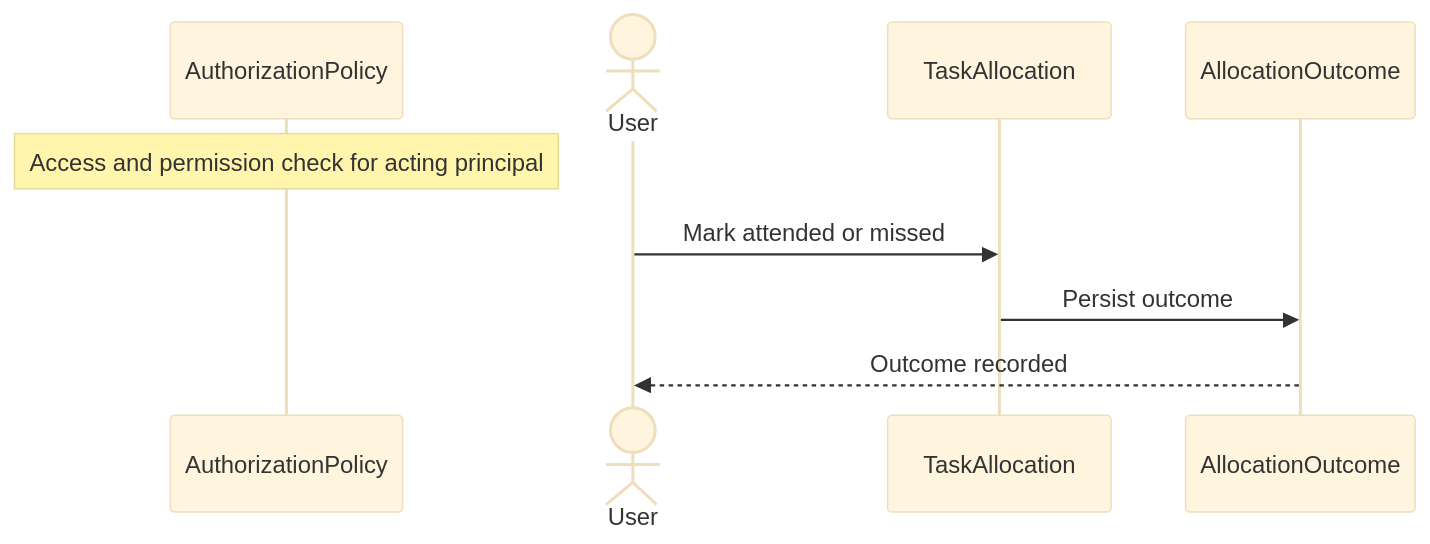
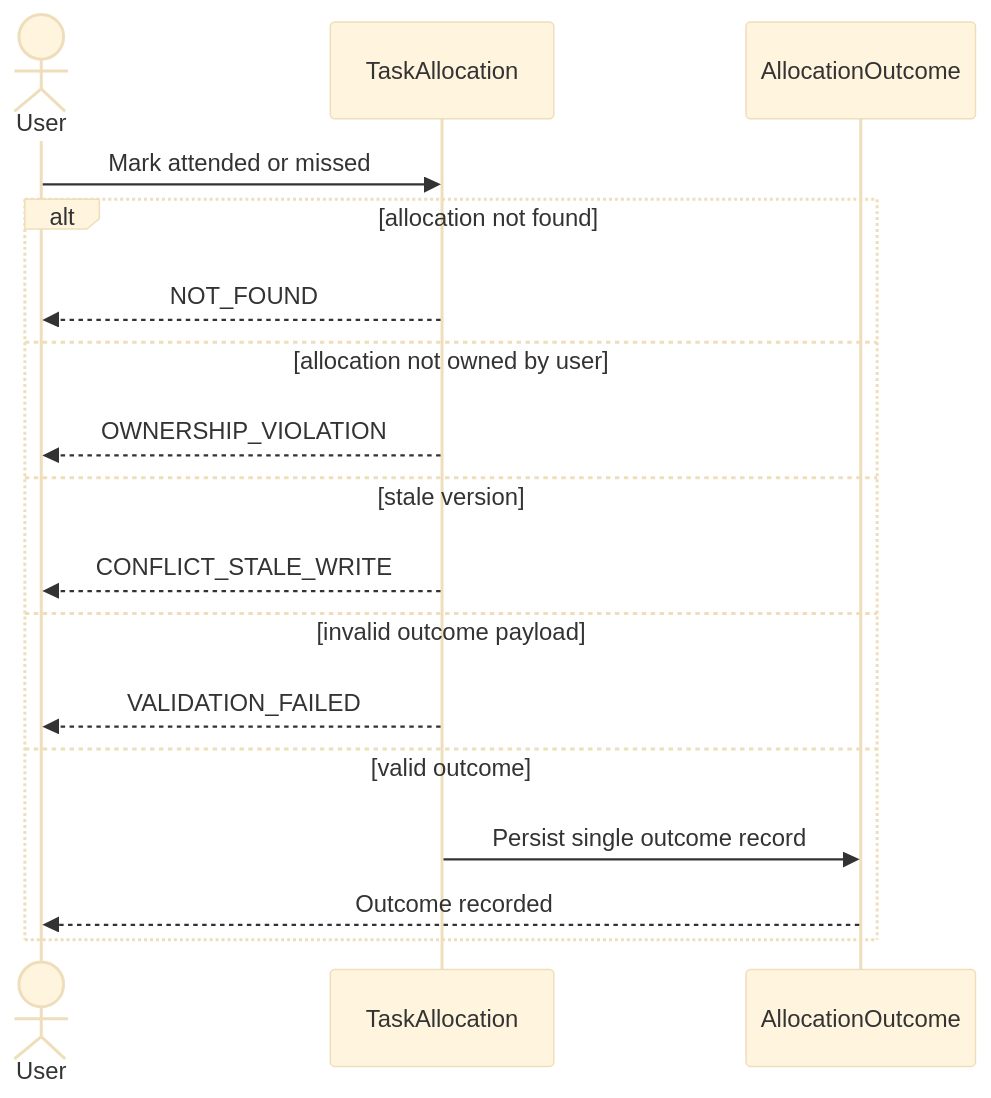
Before and after one commit to ChidiRnweke/margin: the first of 6 diagrams in architecture/sequence-diagrams/05-execution-reminders.md, drawn with Mermaid (base theme). The commit also changed other lines of this file and 12 other files, not shown here.

Commit message:
Enhance sequence diagrams and introduce traceability matrix

````diff
--- a/architecture/sequence-diagrams/05-execution-reminders.md
+++ b/architecture/sequence-diagrams/05-execution-reminders.md
@@ -6,11 +9,19 @@
 ```mermaid
 sequenceDiagram
-    participant G as AuthorizationPolicy
-    Note over G: Access and permission check for acting principal
     actor U as User
     participant A as TaskAllocation
     participant O as AllocationOutcome
     U->>A: Mark attended or missed
-    A->>O: Persist outcome
-    O-->>U: Outcome recorded
+    alt allocation not found
+        A-->>U: NOT_FOUND
+    else allocation not owned by user
+        A-->>U: OWNERSHIP_VIOLATION
+    else stale version
+        A-->>U: CONFLICT_STALE_WRITE
+    else invalid outcome payload
+        A-->>U: VALIDATION_FAILED
+    else valid outcome
+        A->>O: Persist single outcome record
+        O-->>U: Outcome recorded
+    end
 ```
````
